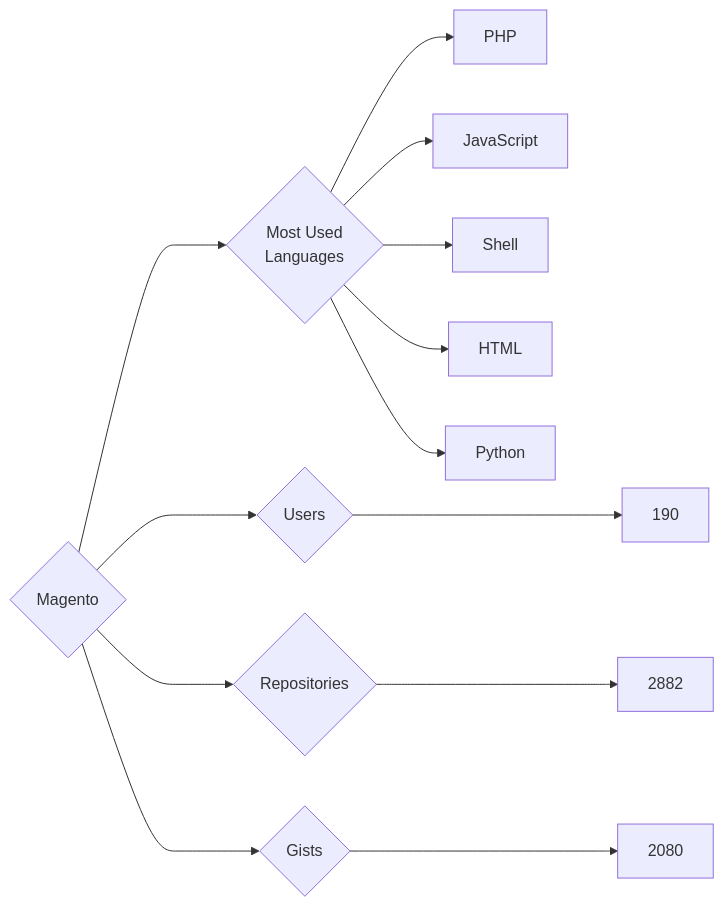
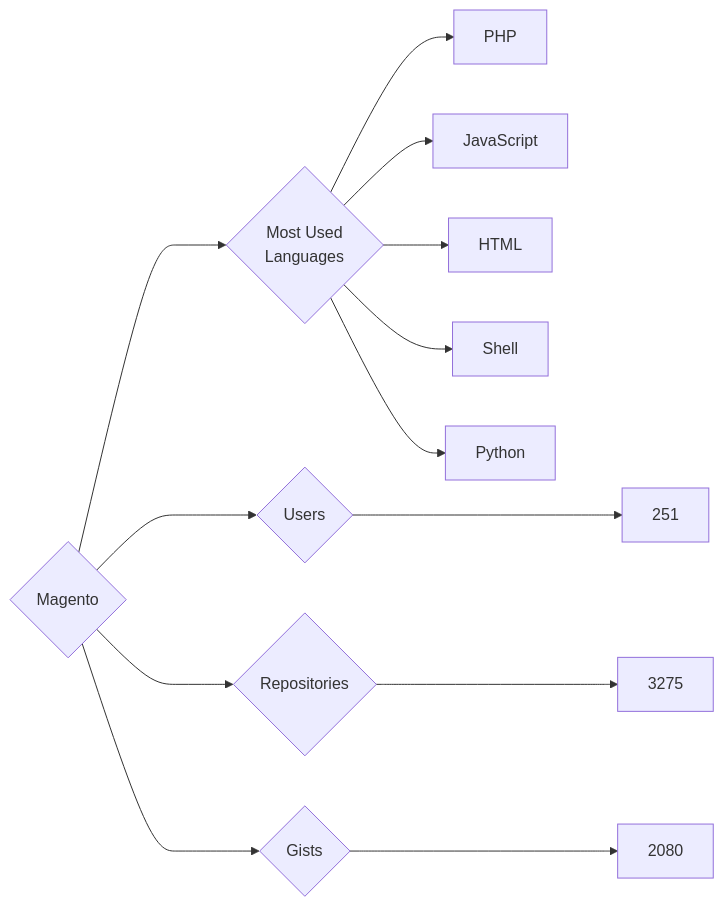
Before and after one commit to trickest/insiders: the diagram in targets/Magento/README.md, drawn with Mermaid. The commit also changed 610 other files, not shown here.

````diff
--- a/targets/Magento/README.md
+++ b/targets/Magento/README.md
@@ -3,13 +3,13 @@
 ```mermaid
 graph LR
 COMPANY_NAME{Magento}
-COMPANY_NAME ---> U{Users} ---> UN[190]
-COMPANY_NAME ---> R{Repositories} ---> RN[2882]
+COMPANY_NAME ---> U{Users} ---> UN[251]
+COMPANY_NAME ---> R{Repositories} ---> RN[3275]
 COMPANY_NAME ---> G{Gists} ---> GN[2080]
 COMPANY_NAME ---> ML{Most Used<br>Languages}
 ML --> PHP[PHP]
 ML --> JavaScript[JavaScript]
+ML --> HTML[HTML]
 ML --> Shell[Shell]
-ML --> HTML[HTML]
 ML --> Python[Python]
 ```
````
